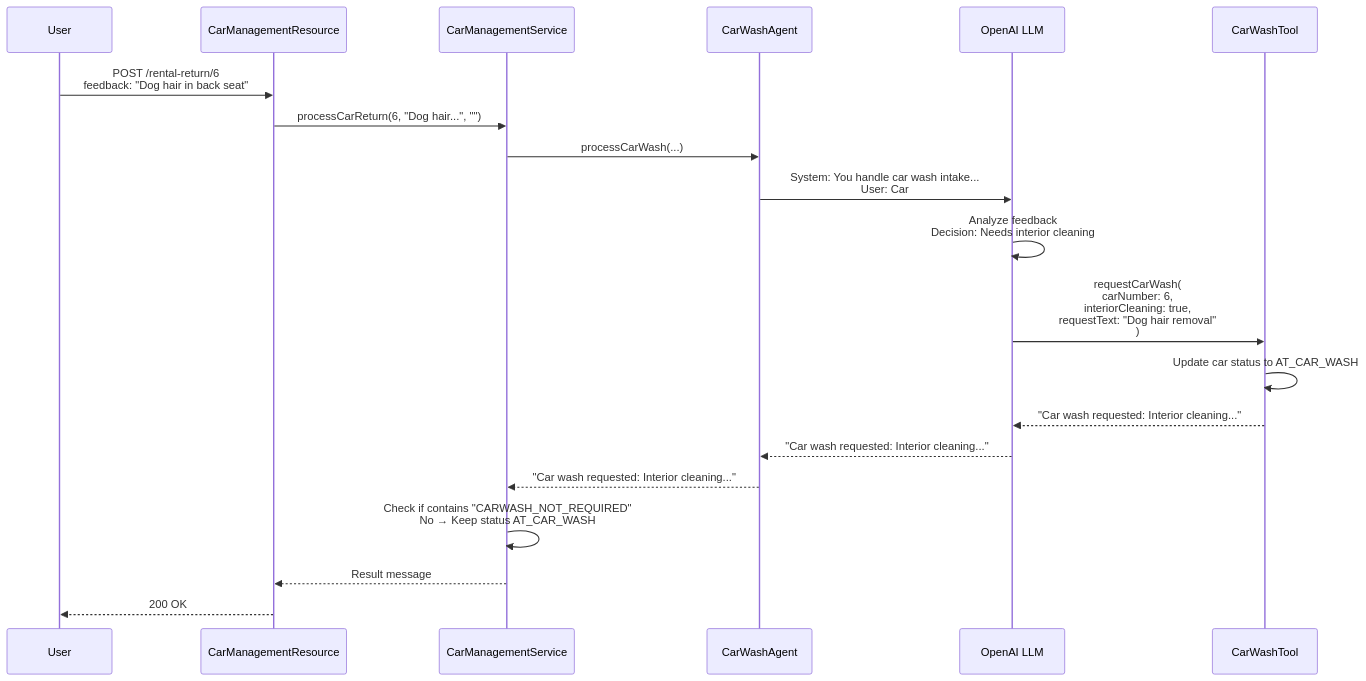
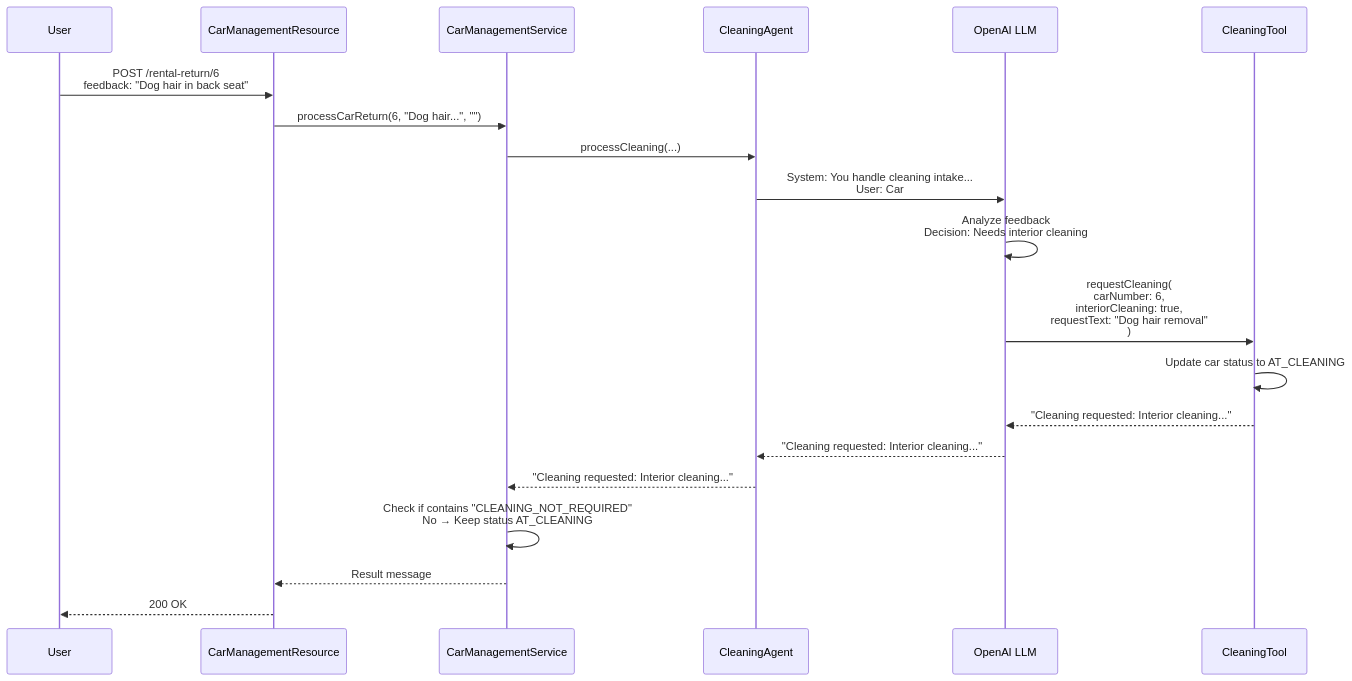
Before and after one commit to IBM/ibm-quarkus-ai-langchain4j-workshop: the first of 2 diagrams in docs/docs/section-2/step-01.md, drawn with Mermaid. The commit also changed other lines of this file and 83 other files, not shown here.

````diff
--- a/docs/docs/section-2/step-01.md
+++ b/docs/docs/section-2/step-01.md
@@ -341,23 +341,23 @@
 ```mermaid
 sequenceDiagram
     participant User
     participant REST as CarManagementResource
     participant Service as CarManagementService
-    participant Agent as CarWashAgent
+    participant Agent as CleaningAgent
     participant LLM as OpenAI LLM
-    participant Tool as CarWashTool
+    participant Tool as CleaningTool
 
     User->>REST: POST /rental-return/6<br/>feedback: "Dog hair in back seat"
     REST->>Service: processCarReturn(6, "Dog hair...", "")
-    Service->>Agent: processCarWash(...)
-    Agent->>LLM: System: You handle car wash intake...<br/>User: Car #6, feedback: "Dog hair..."
+    Service->>Agent: processCleaning(...)
+    Agent->>LLM: System: You handle cleaning intake...<br/>User: Car #6, feedback: "Dog hair..."
     LLM->>LLM: Analyze feedback<br/>Decision: Needs interior cleaning
-    LLM->>Tool: requestCarWash(<br/>  carNumber: 6,<br/>  interiorCleaning: true,<br/>  requestText: "Dog hair removal"<br/>)
-    Tool->>Tool: Update car status to AT_CAR_WASH
-    Tool-->>LLM: "Car wash requested: Interior cleaning..."
-    LLM-->>Agent: "Car wash requested: Interior cleaning..."
-    Agent-->>Service: "Car wash requested: Interior cleaning..."
-    Service->>Service: Check if contains "CARWASH_NOT_REQUIRED"<br/>No → Keep status AT_CAR_WASH
+    LLM->>Tool: requestCleaning(<br/>  carNumber: 6,<br/>  interiorCleaning: true,<br/>  requestText: "Dog hair removal"<br/>)
+    Tool->>Tool: Update car status to AT_CLEANING
+    Tool-->>LLM: "Cleaning requested: Interior cleaning..."
+    LLM-->>Agent: "Cleaning requested: Interior cleaning..."
+    Agent-->>Service: "Cleaning requested: Interior cleaning..."
+    Service->>Service: Check if contains "CLEANING_NOT_REQUIRED"<br/>No → Keep status AT_CLEANING
     Service-->>REST: Result message
     REST-->>User: 200 OK
 ```
````
